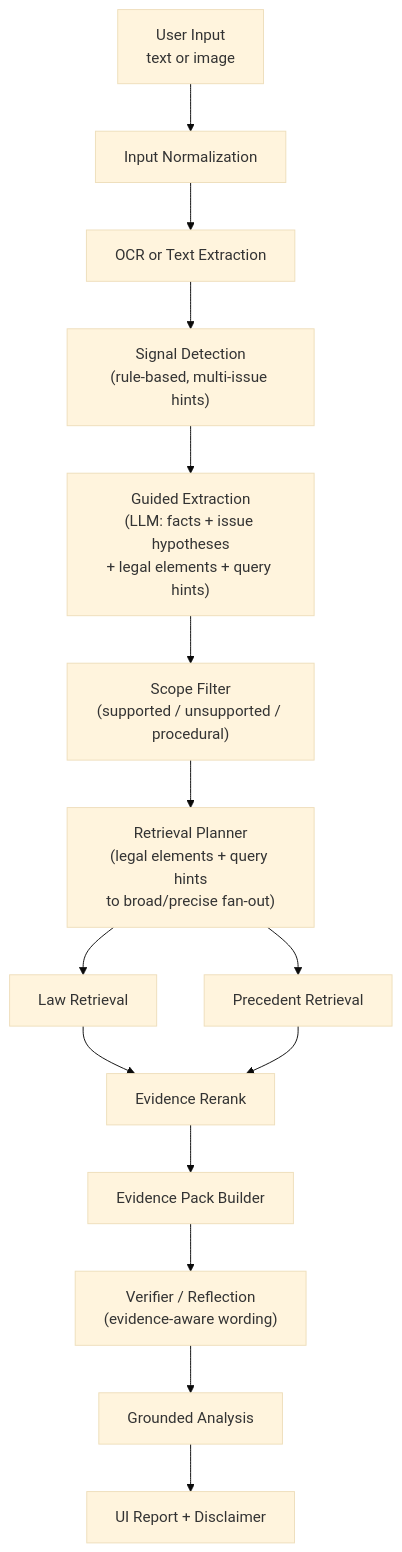
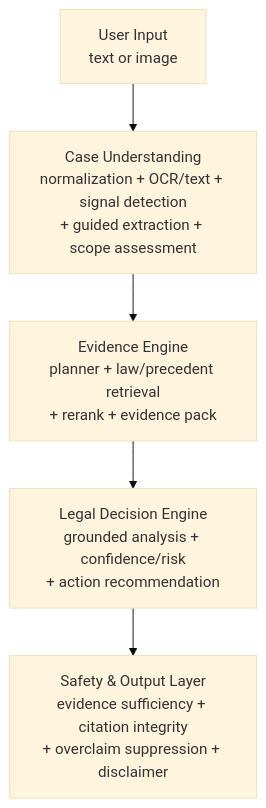
The diagram in project.md (Hwangpark/Korean_law), drawn with Mermaid (base theme) before and after one commit. The commit also changed other lines of this file and 1 other file, not shown here.

Commit message:
docs: tighten legal architecture safety layers

````diff
--- a/project.md
+++ b/project.md
@@ -123,17 +192,7 @@
 ```mermaid
 flowchart TD
-    A["User Input<br/>text or image"] --> B["Input Normalization"]
-    B --> C["OCR or Text Extraction"]
-    C --> D["Signal Detection<br/>(rule-based, multi-issue hints)"]
-    D --> E["Guided Extraction<br/>(LLM: facts + issue hypotheses<br/>+ legal elements + query hints)"]
-    E --> F["Scope Filter<br/>(supported / unsupported / procedural)"]
-    F --> G["Retrieval Planner<br/>(legal elements + query hints<br/>to broad/precise fan-out)"]
-    G --> H["Law Retrieval"]
-    G --> I["Precedent Retrieval"]
-    H --> J["Evidence Rerank"]
-    I --> J
-    J --> K["Evidence Pack Builder"]
-    K --> L["Verifier / Reflection<br/>(evidence-aware wording)"]
-    L --> M["Grounded Analysis"]
-    M --> N["UI Report + Disclaimer"]
+    A["User Input<br/>text or image"] --> B["Case Understanding<br/>normalization + OCR/text + signal detection<br/>+ guided extraction + scope assessment"]
+    B --> C["Evidence Engine<br/>planner + law/precedent retrieval<br/>+ rerank + evidence pack"]
+    C --> D["Legal Decision Engine<br/>grounded analysis + confidence/risk<br/>+ action recommendation"]
+    D --> E["Safety & Output Layer<br/>evidence sufficiency + citation integrity<br/>+ overclaim suppression + disclaimer"]
 ```
````
